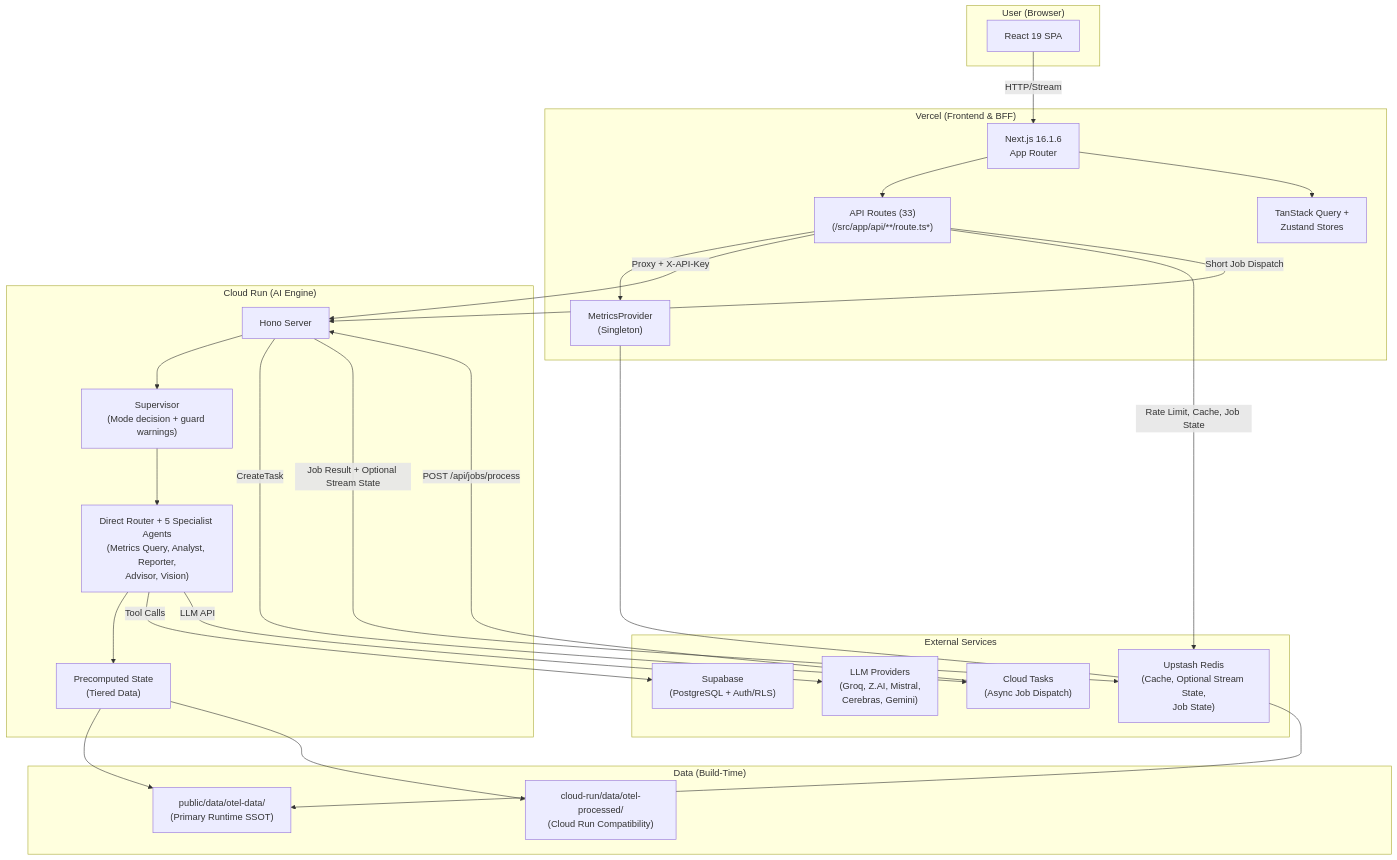
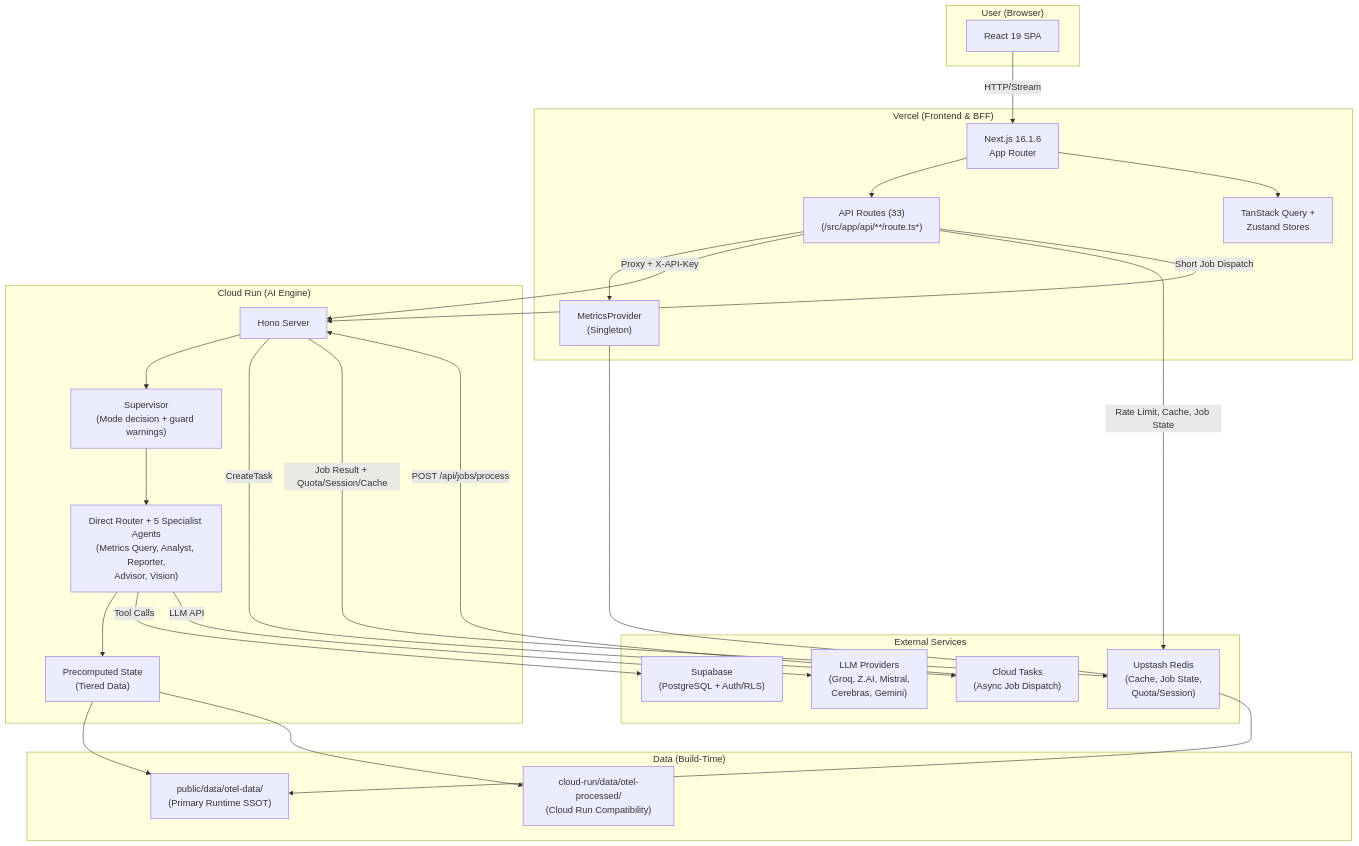
One commit to skyasu2/openmanager-ai changed the diagram in docs/reference/architecture/system/system-architecture-current.md. Above: the diagram before and after it, drawn with Mermaid. The commit also changed other lines of this file and 4 other files, not shown here.

````diff
--- a/docs/reference/architecture/system/system-architecture-current.md
+++ b/docs/reference/architecture/system/system-architecture-current.md
@@ -35,51 +35,51 @@
 ```mermaid
 graph TB
     subgraph User["User (Browser)"]
         UI[React 19 SPA]
     end
 
     subgraph Vercel["Vercel (Frontend & BFF)"]
         NextJS["Next.js 16.1.6<br/>App Router"]
         API["API Routes (33)<br/>(/src/app/api/**/route.ts*)"]
         MP["MetricsProvider<br/>(Singleton)"]
         Providers["TanStack Query +<br/>Zustand Stores"]
     end
 
     subgraph CloudRun["Cloud Run (AI Engine)"]
         Hono["Hono Server"]
         Supervisor["Supervisor<br/>(Mode decision + guard warnings)"]
         Agents["Direct Router + 5 Specialist Agents<br/>(Metrics Query, Analyst, Reporter,<br/>Advisor, Vision)"]
         PreComp["Precomputed State<br/>(Tiered Data)"]
     end
 
     subgraph External["External Services"]
         Supabase["Supabase<br/>(PostgreSQL + Auth/RLS)"]
-        Redis["Upstash Redis<br/>(Cache, Optional Stream State,<br/>Job State)"]
+        Redis["Upstash Redis<br/>(Cache, Job State,<br/>Quota/Session)"]
         CloudTasks["Cloud Tasks<br/>(Async Job Dispatch)"]
         LLM["LLM Providers<br/>(Groq, Z.AI, Mistral,<br/>Cerebras, Gemini)"]
     end
 
     subgraph Data["Data (Build-Time)"]
         OTel["public/data/otel-data/<br/>(Primary Runtime SSOT)"]
         Compat["cloud-run/data/otel-processed/<br/>(Cloud Run Compatibility)"]
     end
 
     UI -->|HTTP/Stream| NextJS
     NextJS --> API
     API --> MP
     MP --> OTel
     API -->|Proxy + X-API-Key| Hono
     Hono --> Supervisor
     Supervisor --> Agents
     Agents --> PreComp
     PreComp --> OTel
     PreComp --> Compat
     Agents -->|Tool Calls| Supabase
     Agents -->|LLM API| LLM
     API -->|Rate Limit, Cache, Job State| Redis
     API -->|Short Job Dispatch| Hono
     Hono -->|CreateTask| CloudTasks
     CloudTasks -->|POST /api/jobs/process| Hono
-    Hono -->|Job Result + Optional Stream State| Redis
+    Hono -->|Job Result + Quota/Session/Cache| Redis
     NextJS --> Providers
 ```
````
